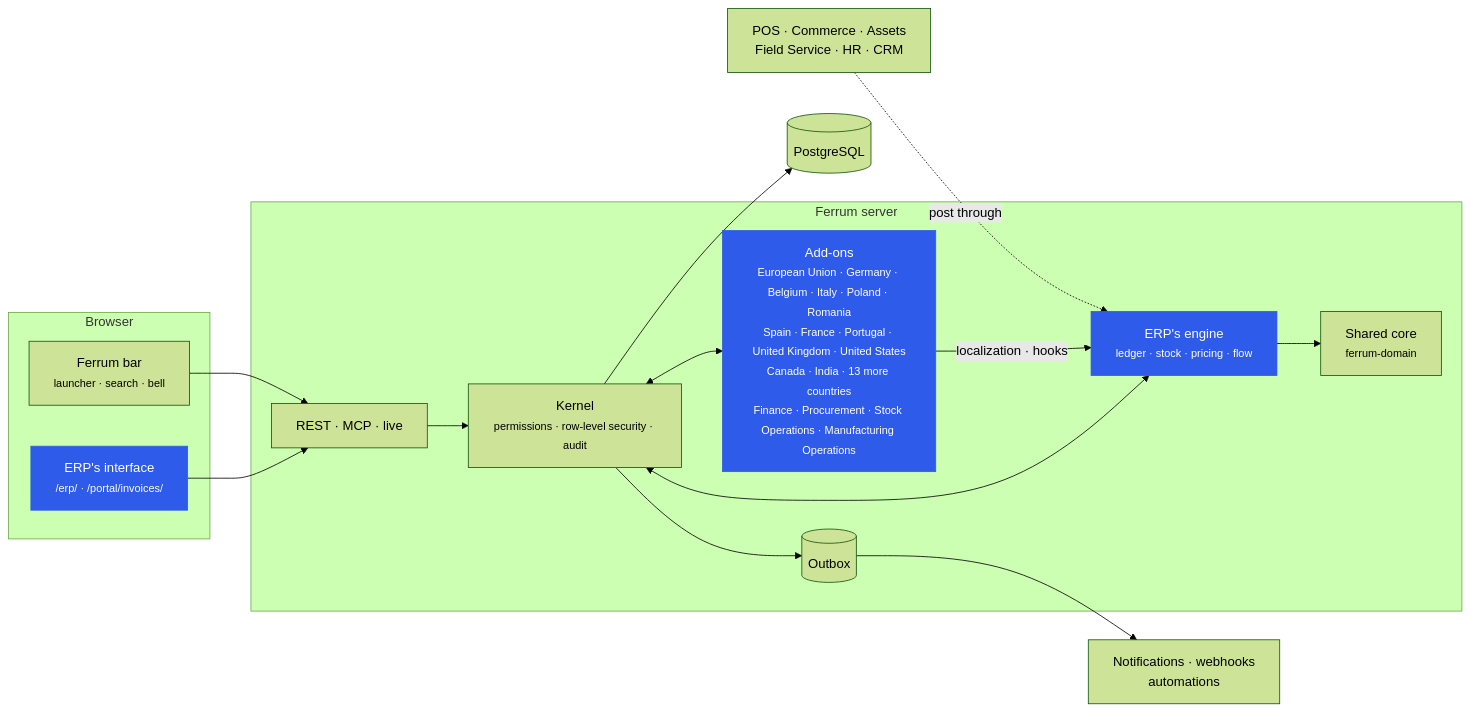
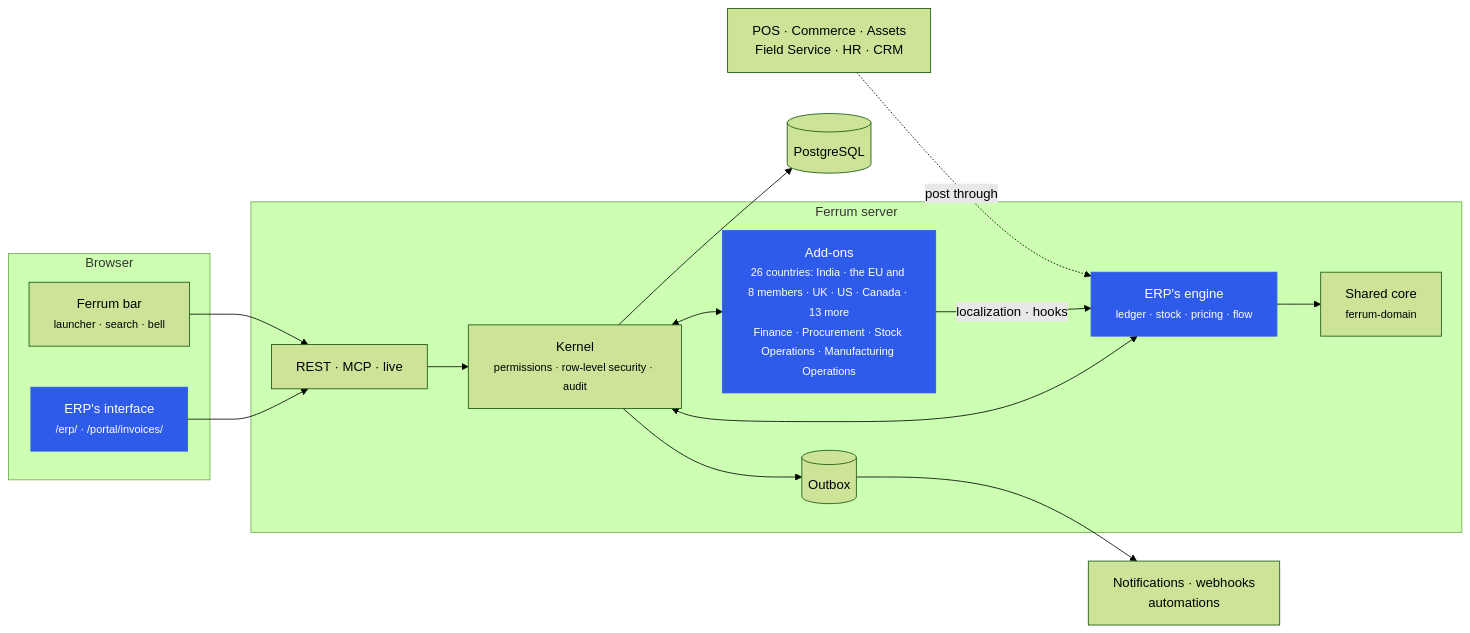
The second of 3 diagrams in README.md (CBFerrum/ferrum-app-erp), drawn with Mermaid (forest theme) before and after one commit. The commit also changed other lines of this file, not shown here.

First line of the commit message:
README: a layout that grows with the countries

````diff
--- a/README.md
+++ b/README.md
@@ -183,26 +192,26 @@
 ```mermaid
 flowchart LR
     subgraph Browser
         UI["ERP's interface<br/><small>/erp/ · /portal/invoices/</small>"]
         BAR["Ferrum bar<br/><small>launcher · search · bell</small>"]
     end
     subgraph Server["Ferrum server"]
         API["REST · MCP · live"]
         K["Kernel<br/><small>permissions · row-level security · audit</small>"]
         ENG["ERP's engine<br/><small>ledger · stock · pricing · flow</small>"]
-        ADD["Add-ons<br/><small>European Union · Germany · Belgium · Italy · Poland · Romania<br/>Spain · France · Portugal · United Kingdom · United States<br/>Canada · India · 13 more countries<br/>Finance · Procurement · Stock Operations · Manufacturing Operations</small>"]
+        ADD["Add-ons<br/><small>26 countries: India · the EU and 8 members · UK · US · Canada · 13 more<br/>Finance · Procurement · Stock Operations · Manufacturing Operations</small>"]
         CORE["Shared core<br/><small>ferrum-domain</small>"]
         OB[("Outbox")]
     end
     DB[("PostgreSQL")]
     UI --> API --> K --> DB
     BAR --> API
     K <--> ENG
     K <--> ADD
     ADD -->|localization · hooks| ENG
     ENG --> CORE
     K --> OB --> EV["Notifications · webhooks<br/>automations"]
     APPS["POS · Commerce · Assets<br/>Field Service · HR · CRM"] -. post through .-> ENG
     classDef erp fill:#2f5bea,color:#fff,stroke:#2f5bea
     class UI,ENG,ADD erp
 ```
````
